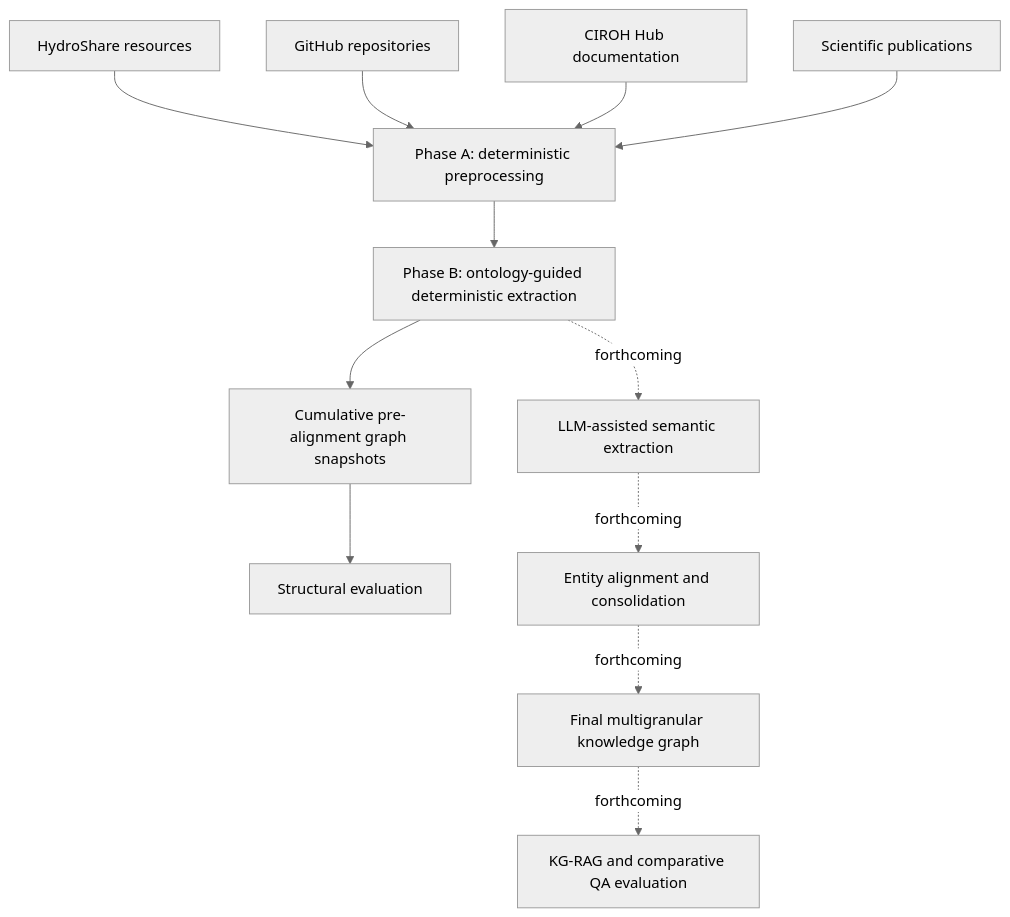
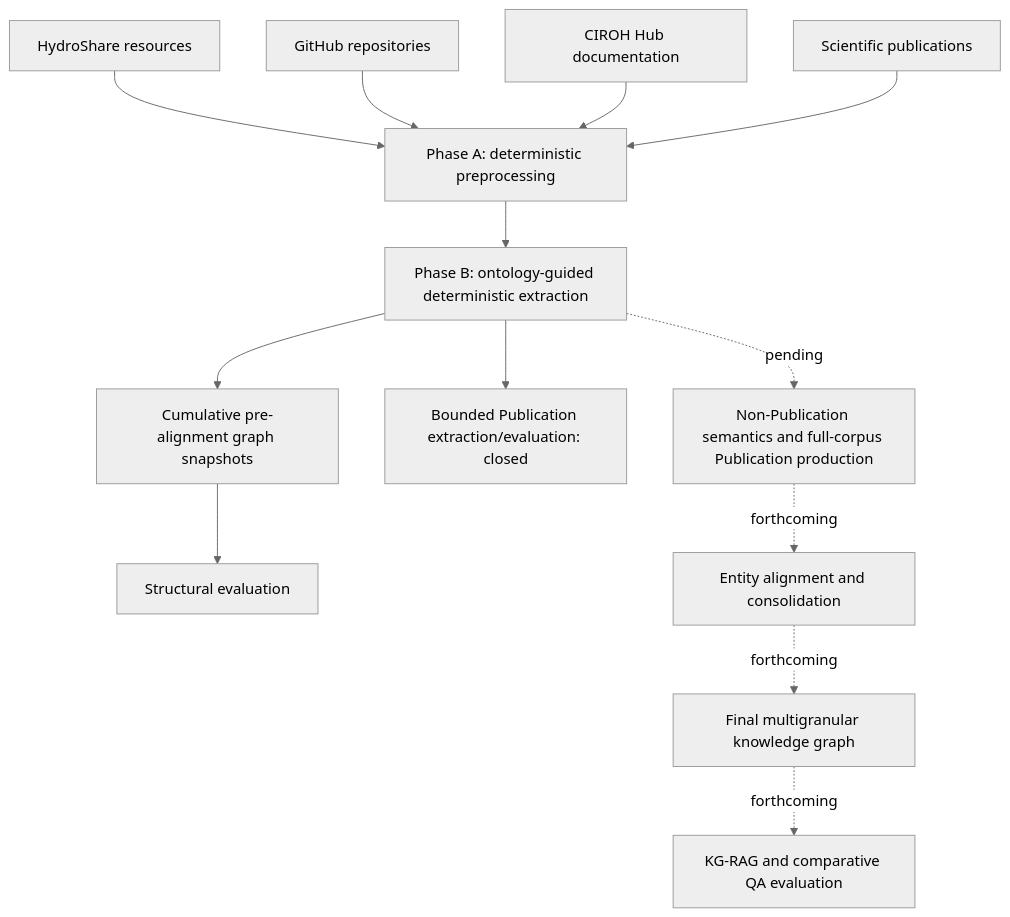
The diagram in README.md (aarm1978/Multigranular_KG-RAG), drawn with Mermaid (neutral theme) before and after one commit. The commit also changed other lines of this file, not shown here.

````diff
--- a/README.md
+++ b/README.md
@@ -56,16 +45,17 @@
 ```mermaid
 flowchart TD
     A[HydroShare resources] --> P1[Phase A: deterministic preprocessing]
     B[GitHub repositories] --> P1
     C[CIROH Hub documentation] --> P1
     D[Scientific publications] --> P1
 
     P1 --> P2[Phase B: ontology-guided deterministic extraction]
     P2 --> S[Cumulative pre-alignment graph snapshots]
     S --> E[Structural evaluation]
 
-    P2 -. forthcoming .-> L[LLM-assisted semantic extraction]
+    P2 --> B1[Bounded Publication extraction/evaluation: closed]
+    P2 -. pending .-> L[Non-Publication semantics and full-corpus Publication production]
     L -. forthcoming .-> M[Entity alignment and consolidation]
     M -. forthcoming .-> G[Final multigranular knowledge graph]
     G -. forthcoming .-> R[KG-RAG and comparative QA evaluation]
 ```
````
